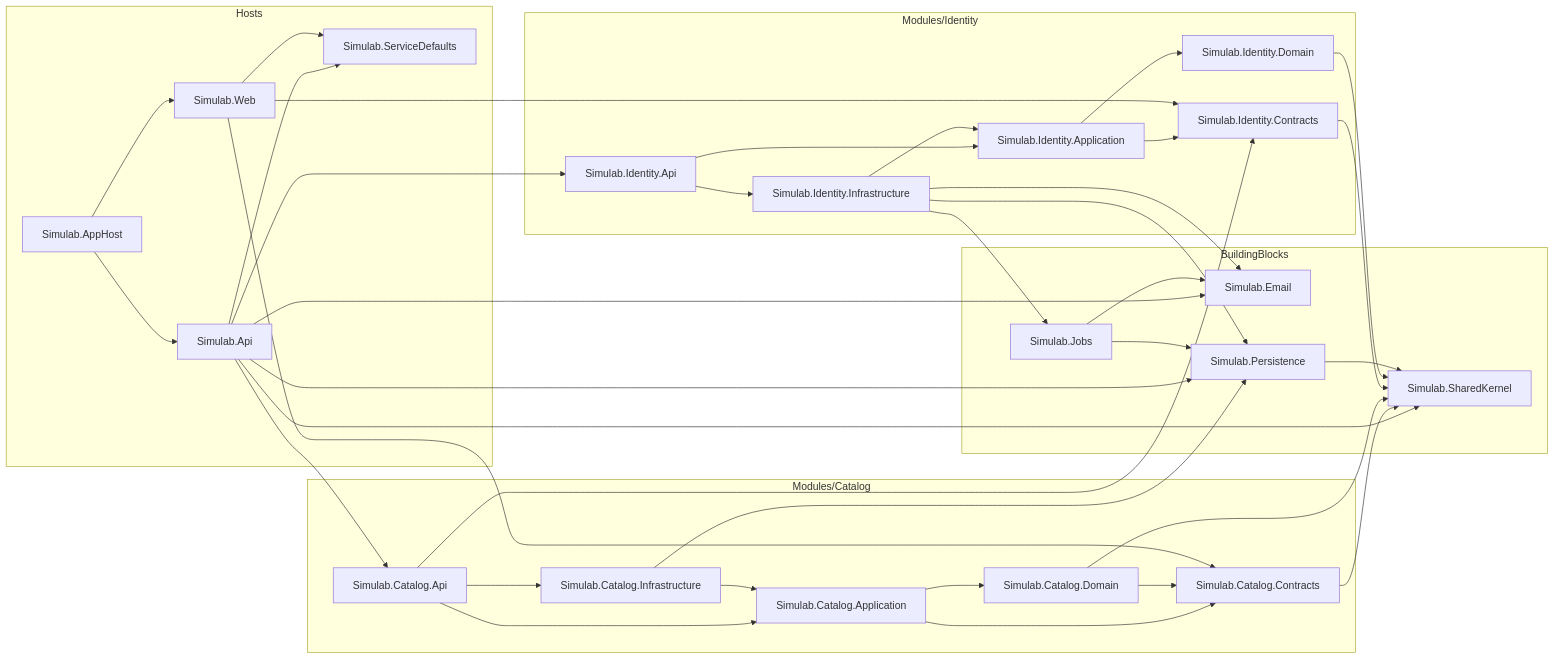
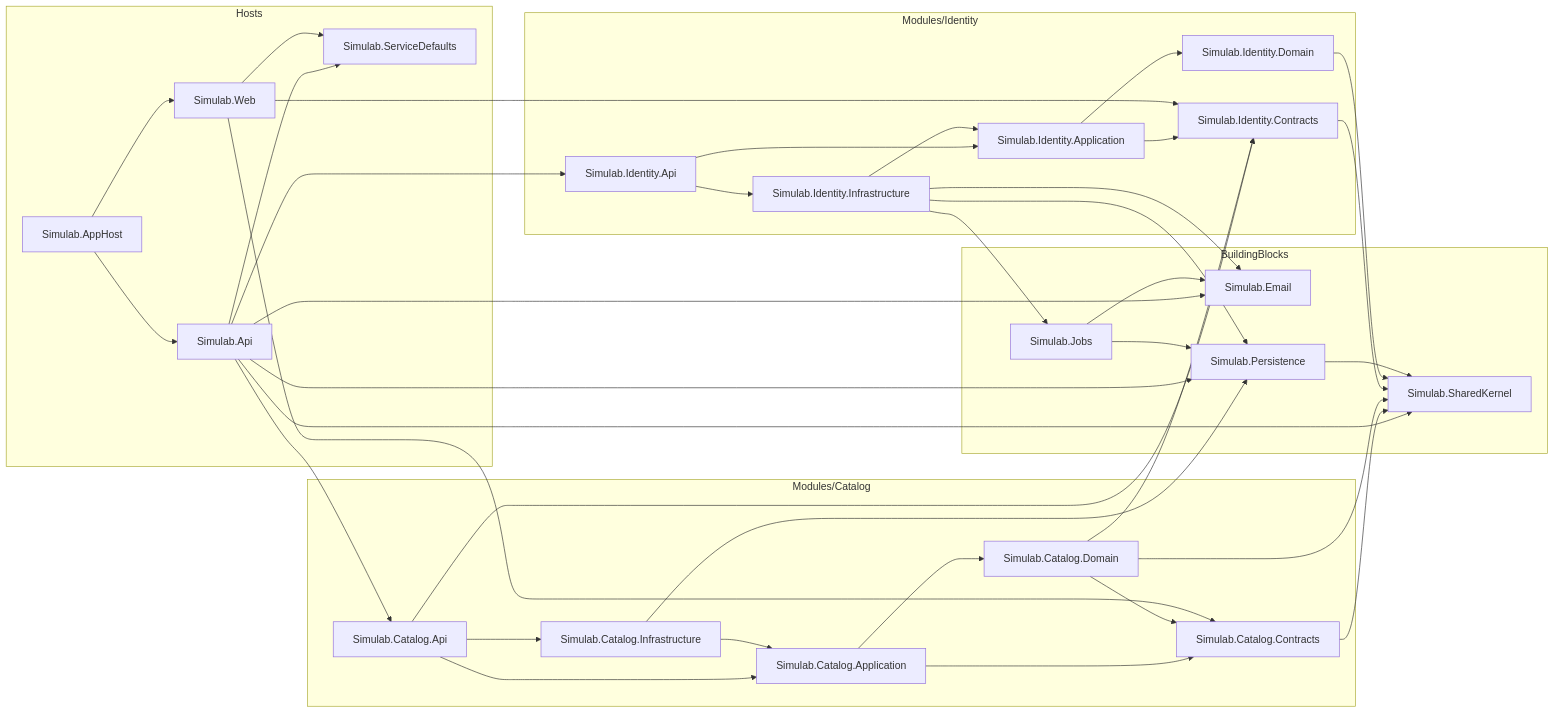
The diagram in docs/architecture/modules.md (alexcanario/simulab), drawn with Mermaid before and after one commit. The commit also changed 3 other files, not shown here.

````diff
--- a/docs/architecture/modules.md
+++ b/docs/architecture/modules.md
@@ -5,63 +5,64 @@
 ```mermaid
 flowchart LR
     subgraph BuildingBlocks["BuildingBlocks"]
         Simulab_Email["Simulab.Email"]
         Simulab_Jobs["Simulab.Jobs"]
         Simulab_Persistence["Simulab.Persistence"]
         Simulab_SharedKernel["Simulab.SharedKernel"]
     end
     subgraph Hosts["Hosts"]
         Simulab_Api["Simulab.Api"]
         Simulab_AppHost["Simulab.AppHost"]
         Simulab_ServiceDefaults["Simulab.ServiceDefaults"]
         Simulab_Web["Simulab.Web"]
     end
     subgraph Modules_Catalog["Modules/Catalog"]
         Simulab_Catalog_Api["Simulab.Catalog.Api"]
         Simulab_Catalog_Application["Simulab.Catalog.Application"]
         Simulab_Catalog_Contracts["Simulab.Catalog.Contracts"]
         Simulab_Catalog_Domain["Simulab.Catalog.Domain"]
         Simulab_Catalog_Infrastructure["Simulab.Catalog.Infrastructure"]
     end
     subgraph Modules_Identity["Modules/Identity"]
         Simulab_Identity_Api["Simulab.Identity.Api"]
         Simulab_Identity_Application["Simulab.Identity.Application"]
         Simulab_Identity_Contracts["Simulab.Identity.Contracts"]
         Simulab_Identity_Domain["Simulab.Identity.Domain"]
         Simulab_Identity_Infrastructure["Simulab.Identity.Infrastructure"]
     end
     Simulab_Api --> Simulab_Catalog_Api
     Simulab_Api --> Simulab_Email
     Simulab_Api --> Simulab_Identity_Api
     Simulab_Api --> Simulab_Persistence
     Simulab_Api --> Simulab_ServiceDefaults
     Simulab_Api --> Simulab_SharedKernel
     Simulab_AppHost --> Simulab_Api
     Simulab_AppHost --> Simulab_Web
     Simulab_Catalog_Api --> Simulab_Catalog_Application
     Simulab_Catalog_Api --> Simulab_Catalog_Infrastructure
     Simulab_Catalog_Api --> Simulab_Identity_Contracts
     Simulab_Catalog_Application --> Simulab_Catalog_Contracts
     Simulab_Catalog_Application --> Simulab_Catalog_Domain
     Simulab_Catalog_Contracts --> Simulab_SharedKernel
     Simulab_Catalog_Domain --> Simulab_Catalog_Contracts
+    Simulab_Catalog_Domain --> Simulab_Identity_Contracts
     Simulab_Catalog_Domain --> Simulab_SharedKernel
     Simulab_Catalog_Infrastructure --> Simulab_Catalog_Application
     Simulab_Catalog_Infrastructure --> Simulab_Persistence
     Simulab_Identity_Api --> Simulab_Identity_Application
     Simulab_Identity_Api --> Simulab_Identity_Infrastructure
     Simulab_Identity_Application --> Simulab_Identity_Contracts
     Simulab_Identity_Application --> Simulab_Identity_Domain
     Simulab_Identity_Contracts --> Simulab_SharedKernel
     Simulab_Identity_Domain --> Simulab_SharedKernel
     Simulab_Identity_Infrastructure --> Simulab_Email
     Simulab_Identity_Infrastructure --> Simulab_Identity_Application
     Simulab_Identity_Infrastructure --> Simulab_Jobs
     Simulab_Identity_Infrastructure --> Simulab_Persistence
     Simulab_Jobs --> Simulab_Email
     Simulab_Jobs --> Simulab_Persistence
     Simulab_Persistence --> Simulab_SharedKernel
     Simulab_Web --> Simulab_Catalog_Contracts
     Simulab_Web --> Simulab_Identity_Contracts
     Simulab_Web --> Simulab_ServiceDefaults
 ```
````
